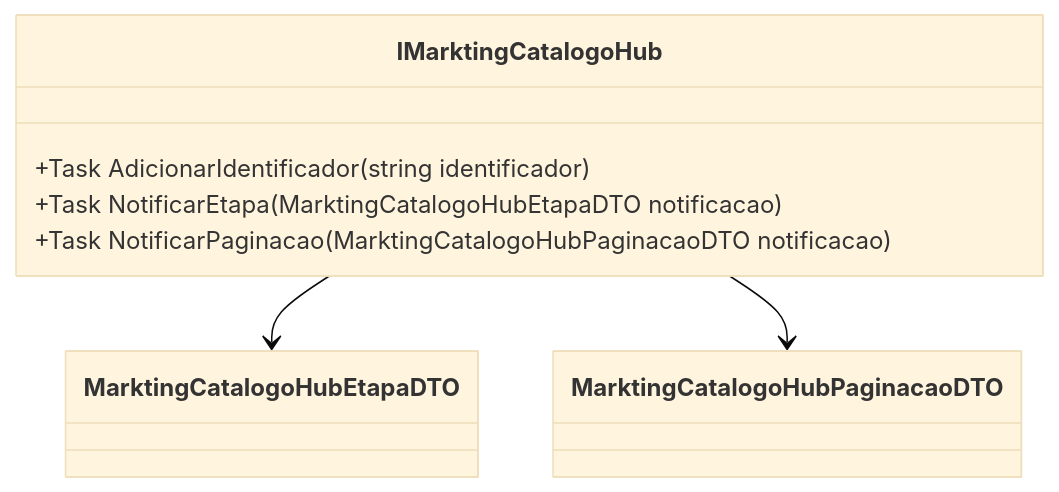
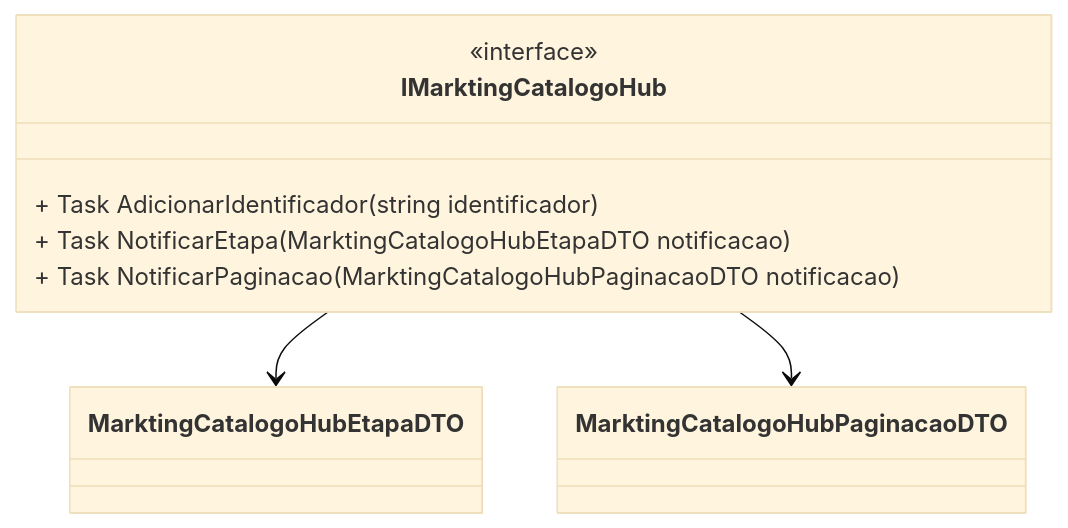
Before and after one commit to IsthmusSistemas/documentacao-tecnica: the diagram in docs/b2b-dominio/IsthmusWinthor.Nucleo/IsthmusWinthor.Dominio/Hubs/IMarktingCatalogoHub.md, drawn with Mermaid (base theme). The commit also changed other lines of this file and 882 other files, not shown here.

````diff
--- a/docs/b2b-dominio/IsthmusWinthor.Nucleo/IsthmusWinthor.Dominio/Hubs/IMarktingCatalogoHub.md
+++ b/docs/b2b-dominio/IsthmusWinthor.Nucleo/IsthmusWinthor.Dominio/Hubs/IMarktingCatalogoHub.md
@@ -41,14 +46,14 @@
 ```mermaid
 classDiagram
     class IMarktingCatalogoHub {
-        +Task AdicionarIdentificador(string identificador)
-        +Task NotificarEtapa(MarktingCatalogoHubEtapaDTO notificacao)
-        +Task NotificarPaginacao(MarktingCatalogoHubPaginacaoDTO notificacao)
+        <<interface>>
+        + Task AdicionarIdentificador(string identificador)
+        + Task NotificarEtapa(MarktingCatalogoHubEtapaDTO notificacao)
+        + Task NotificarPaginacao(MarktingCatalogoHubPaginacaoDTO notificacao)
     }
-
     class MarktingCatalogoHubEtapaDTO
     class MarktingCatalogoHubPaginacaoDTO
 
     IMarktingCatalogoHub --> MarktingCatalogoHubEtapaDTO
     IMarktingCatalogoHub --> MarktingCatalogoHubPaginacaoDTO
-``` 
+```
````
